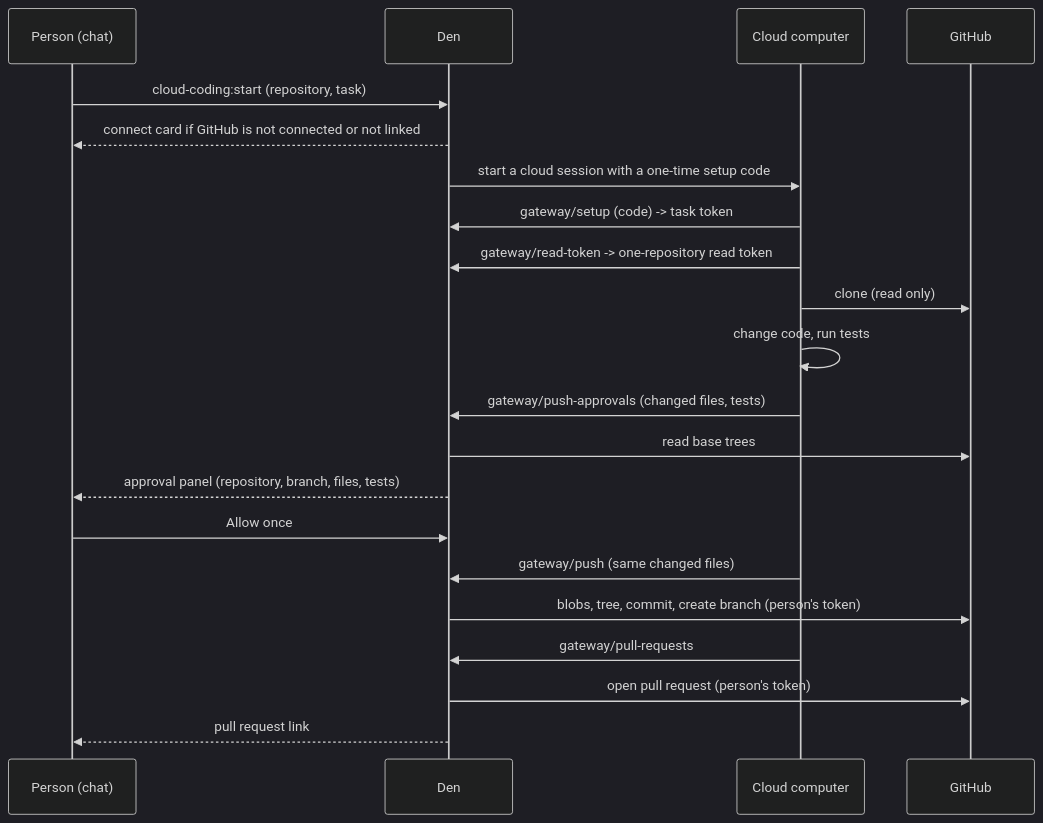
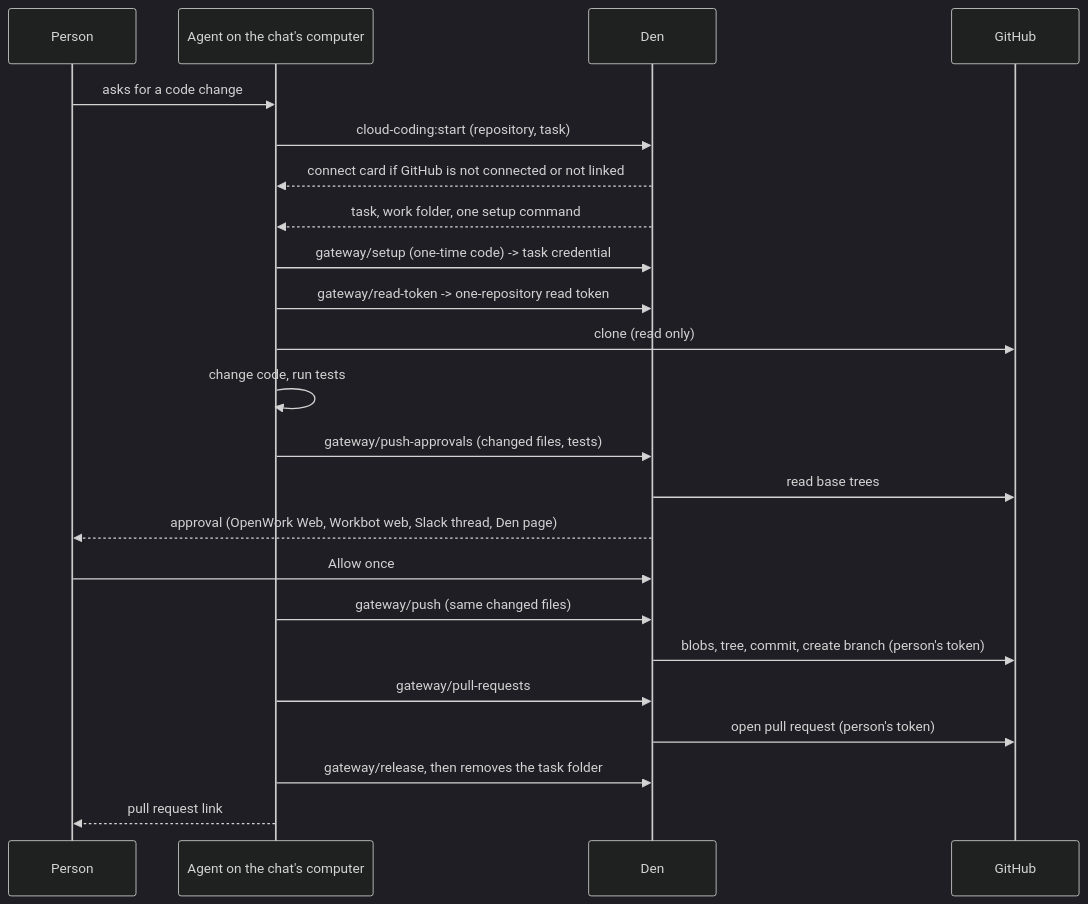
Before and after one commit to different-ai/openwork: the diagram in docs/features/cloud-coding/README.md, drawn with Mermaid (dark theme). The commit also changed other lines of this file, not shown here.

Commit message:
docs(cloud-coding): Workbot and OpenWork Web only, on the chat's own computer, one approval everywhere

````diff
--- a/docs/features/cloud-coding/README.md
+++ b/docs/features/cloud-coding/README.md
@@ -88,23 +135,25 @@
 ```mermaid
 sequenceDiagram
-  participant P as Person (chat)
+  participant P as Person
+  participant A as Agent on the chat's computer
   participant D as Den
-  participant C as Cloud computer
   participant G as GitHub
-  P->>D: cloud-coding:start (repository, task)
-  D-->>P: connect card if GitHub is not connected or not linked
-  D->>C: start a cloud session with a one-time setup code
-  C->>D: gateway/setup (code) -> task token
-  C->>D: gateway/read-token -> one-repository read token
-  C->>G: clone (read only)
-  C->>C: change code, run tests
-  C->>D: gateway/push-approvals (changed files, tests)
+  P->>A: asks for a code change
+  A->>D: cloud-coding:start (repository, task)
+  D-->>A: connect card if GitHub is not connected or not linked
+  D-->>A: task, work folder, one setup command
+  A->>D: gateway/setup (one-time code) -> task credential
+  A->>D: gateway/read-token -> one-repository read token
+  A->>G: clone (read only)
+  A->>A: change code, run tests
+  A->>D: gateway/push-approvals (changed files, tests)
   D->>G: read base trees
-  D-->>P: approval panel (repository, branch, files, tests)
+  D-->>P: approval (OpenWork Web, Workbot web, Slack thread, Den page)
   P->>D: Allow once
-  C->>D: gateway/push (same changed files)
+  A->>D: gateway/push (same changed files)
   D->>G: blobs, tree, commit, create branch (person's token)
-  C->>D: gateway/pull-requests
+  A->>D: gateway/pull-requests
   D->>G: open pull request (person's token)
-  D-->>P: pull request link
+  A->>D: gateway/release, then removes the task folder
+  A-->>P: pull request link
 ```
````
